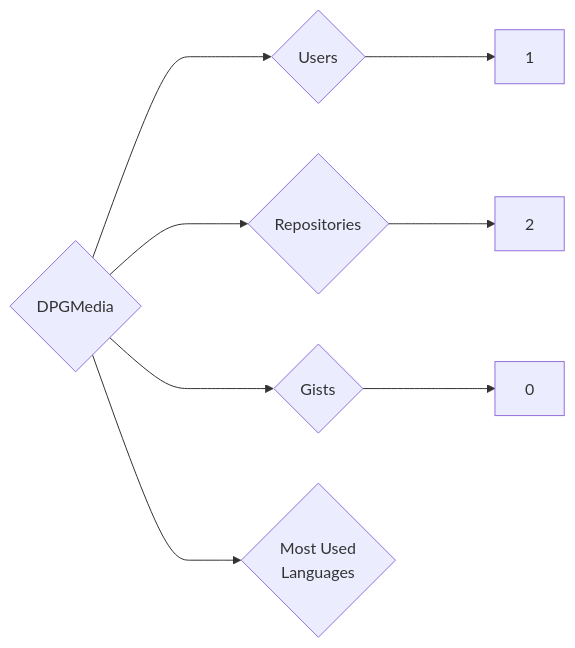
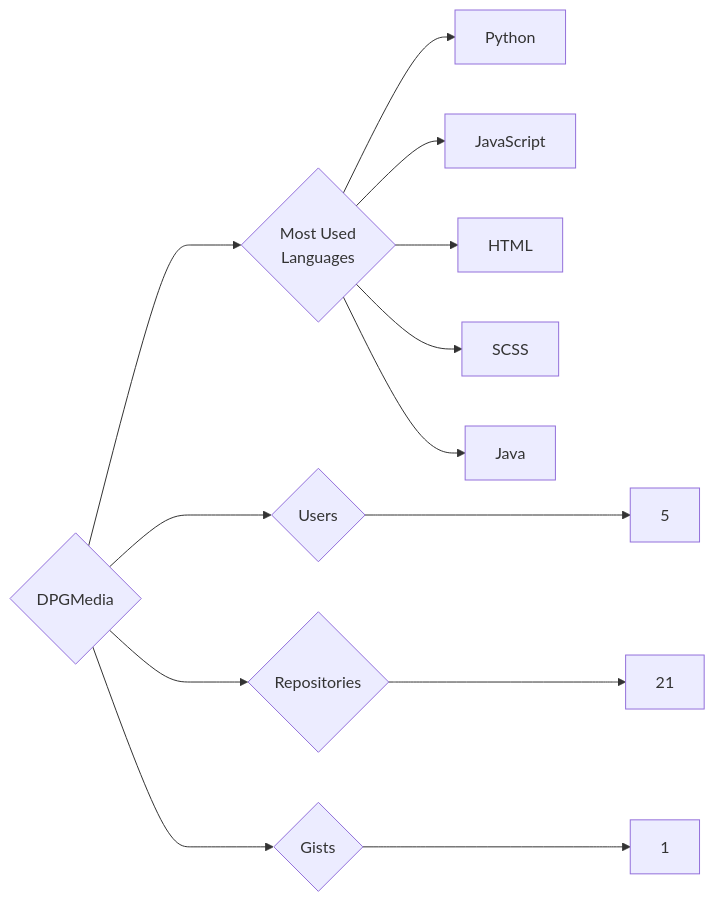
The diagram in targets/DPGMedia/README.md (trickest/insiders), drawn with Mermaid before and after one commit. The commit also changed 1314 other files, not shown here.

````diff
--- a/targets/DPGMedia/README.md
+++ b/targets/DPGMedia/README.md
@@ -3,8 +3,13 @@
 ```mermaid
 graph LR
 COMPANY_NAME{DPGMedia}
-COMPANY_NAME ---> U{Users} ---> UN[1]
-COMPANY_NAME ---> R{Repositories} ---> RN[2]
-COMPANY_NAME ---> G{Gists} ---> GN[0]
+COMPANY_NAME ---> U{Users} ---> UN[5]
+COMPANY_NAME ---> R{Repositories} ---> RN[21]
+COMPANY_NAME ---> G{Gists} ---> GN[1]
 COMPANY_NAME ---> ML{Most Used<br>Languages}
+ML --> Python[Python]
+ML --> JavaScript[JavaScript]
+ML --> HTML[HTML]
+ML --> SCSS[SCSS]
+ML --> Java[Java]
 ```
````
